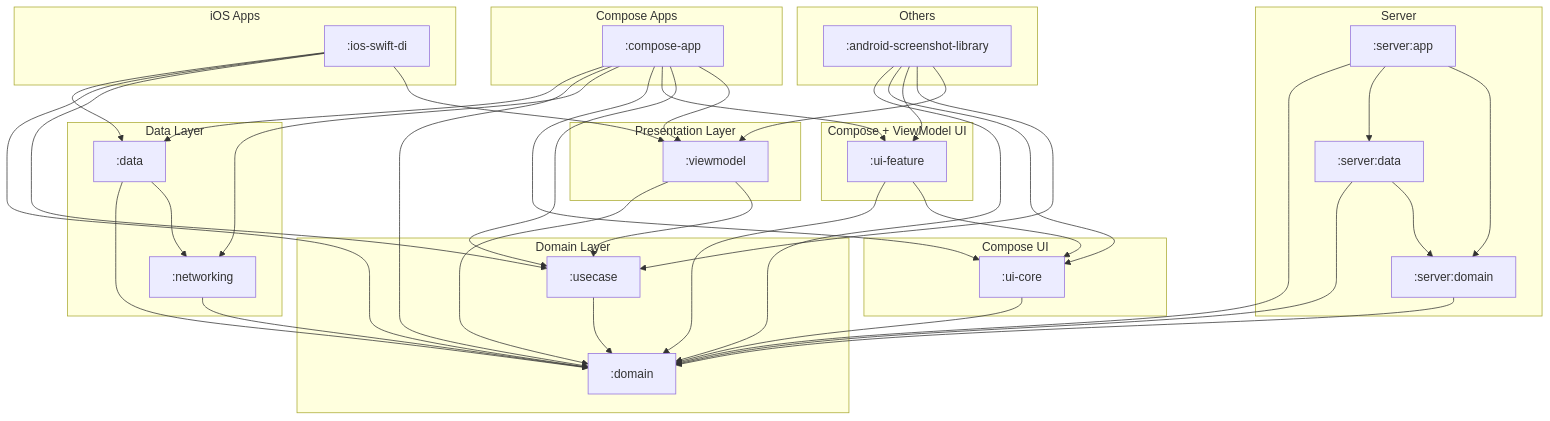
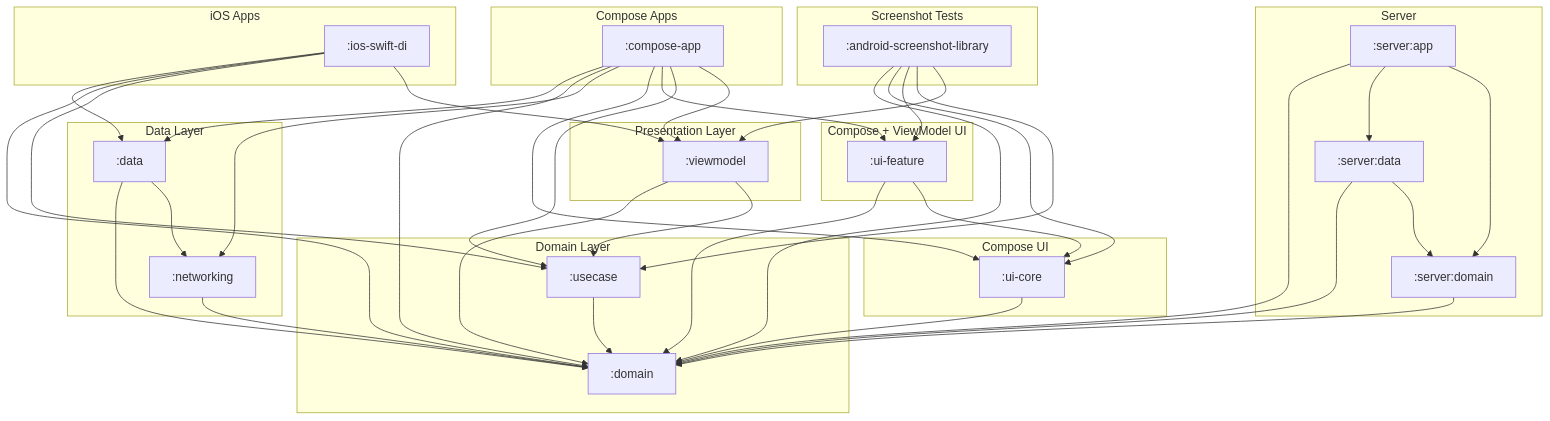
One commit to cartland/battery-butler changed the diagram in docs/diagrams/kotlin_module_structure.mmd. Above: the diagram before and after it, drawn with Mermaid. The commit also changed 8 other files, not shown here.

Commit message:
chore: Fix Gradle deprecations and update diagram config

```diff
--- a/docs/diagrams/kotlin_module_structure.mmd
+++ b/docs/diagrams/kotlin_module_structure.mmd
@@ -1,84 +1,84 @@
 graph TD
+    subgraph "Screenshot Tests"
+        AndroidScreenshotLibrary[":android-screenshot-library"]
+    end
+
     subgraph "iOS Apps"
         IosSwiftDi[":ios-swift-di"]
     end
 
     subgraph "Compose Apps"
         ComposeApp[":compose-app"]
     end
 
     subgraph "Server"
         ServerApp[":server:app"]
         ServerData[":server:data"]
         ServerDomain[":server:domain"]
     end
 
     subgraph "Compose UI"
         UiCore[":ui-core"]
     end
 
     subgraph "Compose + ViewModel UI"
         UiFeature[":ui-feature"]
     end
 
     subgraph "Presentation Layer"
         Viewmodel[":viewmodel"]
     end
 
     subgraph "Domain Layer"
         Domain[":domain"]
         Usecase[":usecase"]
     end
 
     subgraph "Data Layer"
         Data[":data"]
         Networking[":networking"]
-    end
-
-    subgraph "Others"
-        AndroidScreenshotLibrary[":android-screenshot-library"]
     end
 
     %% Dependencies
     AndroidScreenshotLibrary --> Domain
     AndroidScreenshotLibrary --> UiCore
     AndroidScreenshotLibrary --> UiFeature
     AndroidScreenshotLibrary --> Usecase
     AndroidScreenshotLibrary --> Viewmodel
 
     ComposeApp --> Data
     ComposeApp --> Domain
     ComposeApp --> Networking
     ComposeApp --> UiCore
     ComposeApp --> UiFeature
     ComposeApp --> Usecase
     ComposeApp --> Viewmodel
 
     Data --> Domain
     Data --> Networking
 
     IosSwiftDi --> Data
     IosSwiftDi --> Domain
     IosSwiftDi --> Usecase
     IosSwiftDi --> Viewmodel
 
     Networking --> Domain
 
     ServerApp --> Domain
     ServerApp --> ServerData
     ServerApp --> ServerDomain
 
     ServerData --> Domain
     ServerData --> ServerDomain
 
     ServerDomain --> Domain
 
     UiCore --> Domain
 
     UiFeature --> Domain
     UiFeature --> UiCore
 
     Usecase --> Domain
 
     Viewmodel --> Domain
     Viewmodel --> Usecase
```
